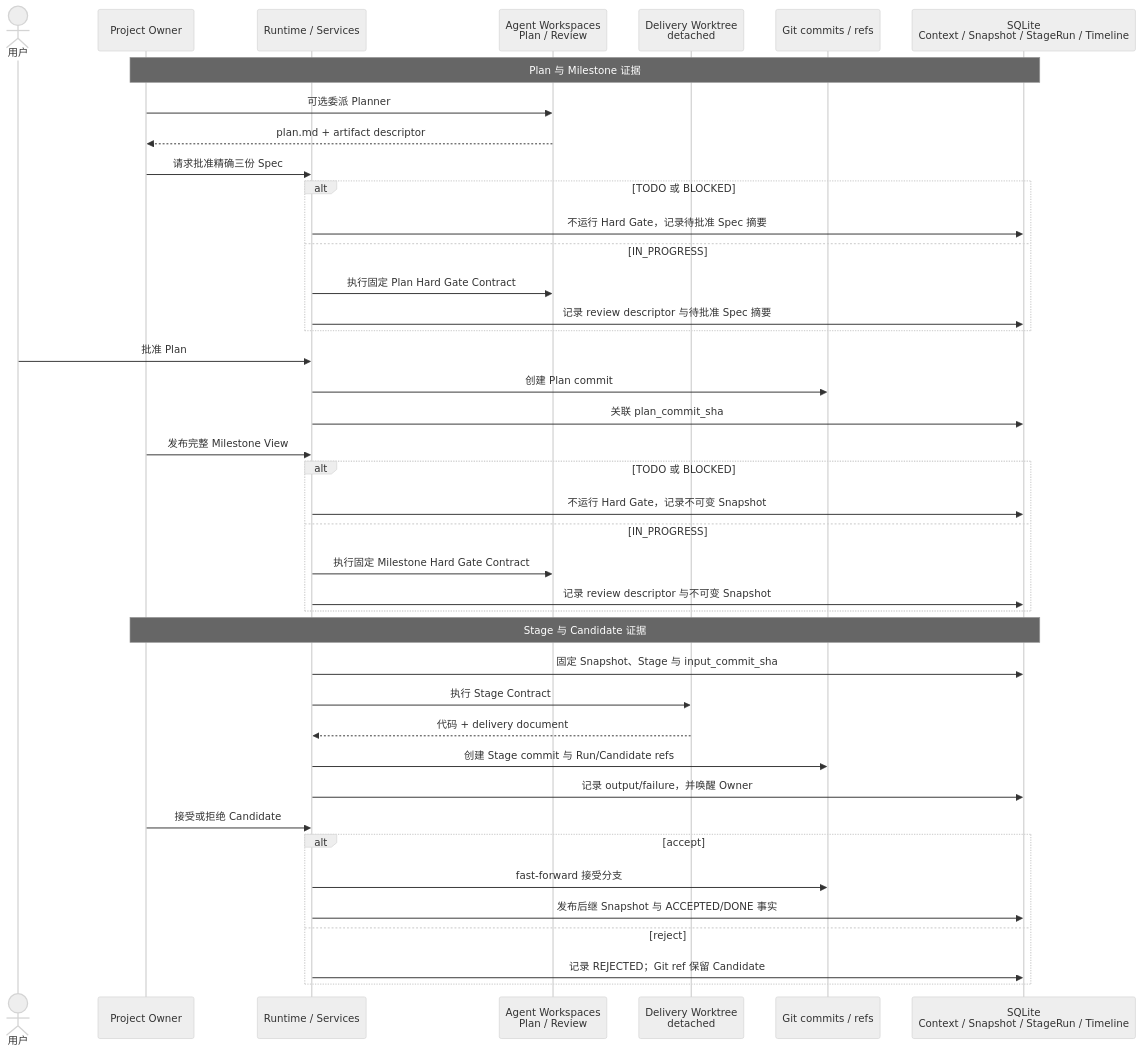
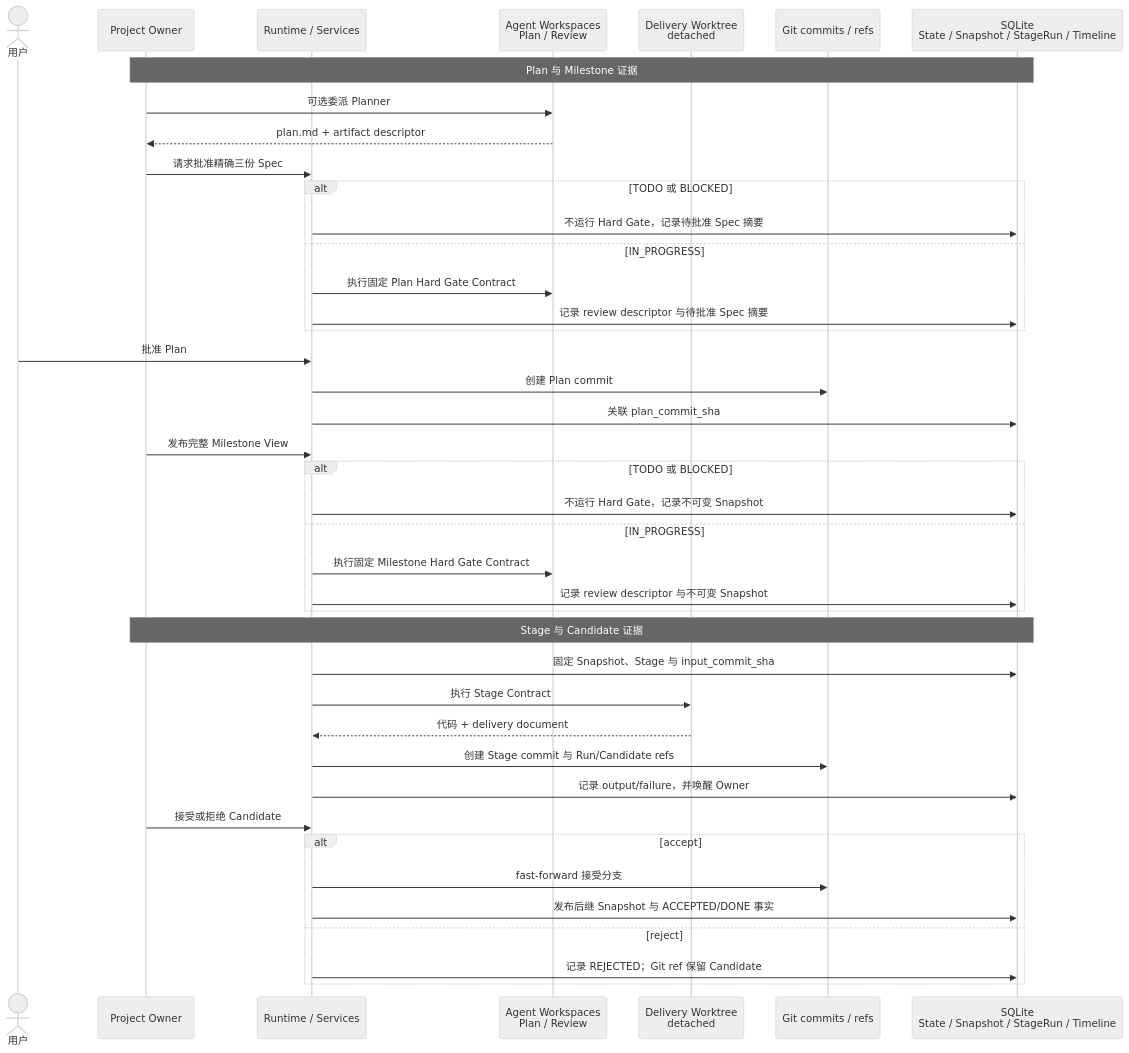
Before and after one commit to aowo-1345/AgentPanelX: the second of 2 diagrams in .codex/skills/agentplanex-project-observe/SKILL.md, drawn with Mermaid (neutral theme). The commit also changed other lines of this file and 30 other files, not shown here.

````diff
--- a/.codex/skills/agentplanex-project-observe/SKILL.md
+++ b/.codex/skills/agentplanex-project-observe/SKILL.md
@@ -106,45 +106,45 @@
 ```mermaid
 sequenceDiagram
     actor User as 用户
     participant Owner as Project Owner
     participant Runtime as Runtime / Services
     participant Artifacts as Agent Workspaces<br/>Plan / Review
     participant Delivery as Delivery Worktree<br/>detached
     participant Git as Git commits / refs
-    participant DB as SQLite<br/>Context / Snapshot / StageRun / Timeline
+    participant DB as SQLite<br/>State / Snapshot / StageRun / Timeline
 
     Note over Owner,DB: Plan 与 Milestone 证据
     Owner->>Artifacts: 可选委派 Planner
     Artifacts-->>Owner: plan.md + artifact descriptor
     Owner->>Runtime: 请求批准精确三份 Spec
     alt TODO 或 BLOCKED
         Runtime->>DB: 不运行 Hard Gate，记录待批准 Spec 摘要
     else IN_PROGRESS
         Runtime->>Artifacts: 执行固定 Plan Hard Gate Contract
         Runtime->>DB: 记录 review descriptor 与待批准 Spec 摘要
     end
     User->>Runtime: 批准 Plan
     Runtime->>Git: 创建 Plan commit
     Runtime->>DB: 关联 plan_commit_sha
     Owner->>Runtime: 发布完整 Milestone View
     alt TODO 或 BLOCKED
         Runtime->>DB: 不运行 Hard Gate，记录不可变 Snapshot
     else IN_PROGRESS
         Runtime->>Artifacts: 执行固定 Milestone Hard Gate Contract
         Runtime->>DB: 记录 review descriptor 与不可变 Snapshot
     end
 
     Note over Owner,DB: Stage 与 Candidate 证据
     Runtime->>DB: 固定 Snapshot、Stage 与 input_commit_sha
     Runtime->>Delivery: 执行 Stage Contract
     Delivery-->>Runtime: 代码 + delivery document
     Runtime->>Git: 创建 Stage commit 与 Run/Candidate refs
     Runtime->>DB: 记录 output/failure，并唤醒 Owner
     Owner->>Runtime: 接受或拒绝 Candidate
     alt accept
         Runtime->>Git: fast-forward 接受分支
         Runtime->>DB: 发布后继 Snapshot 与 ACCEPTED/DONE 事实
     else reject
         Runtime->>DB: 记录 REJECTED；Git ref 保留 Candidate
     end
 ```
````
